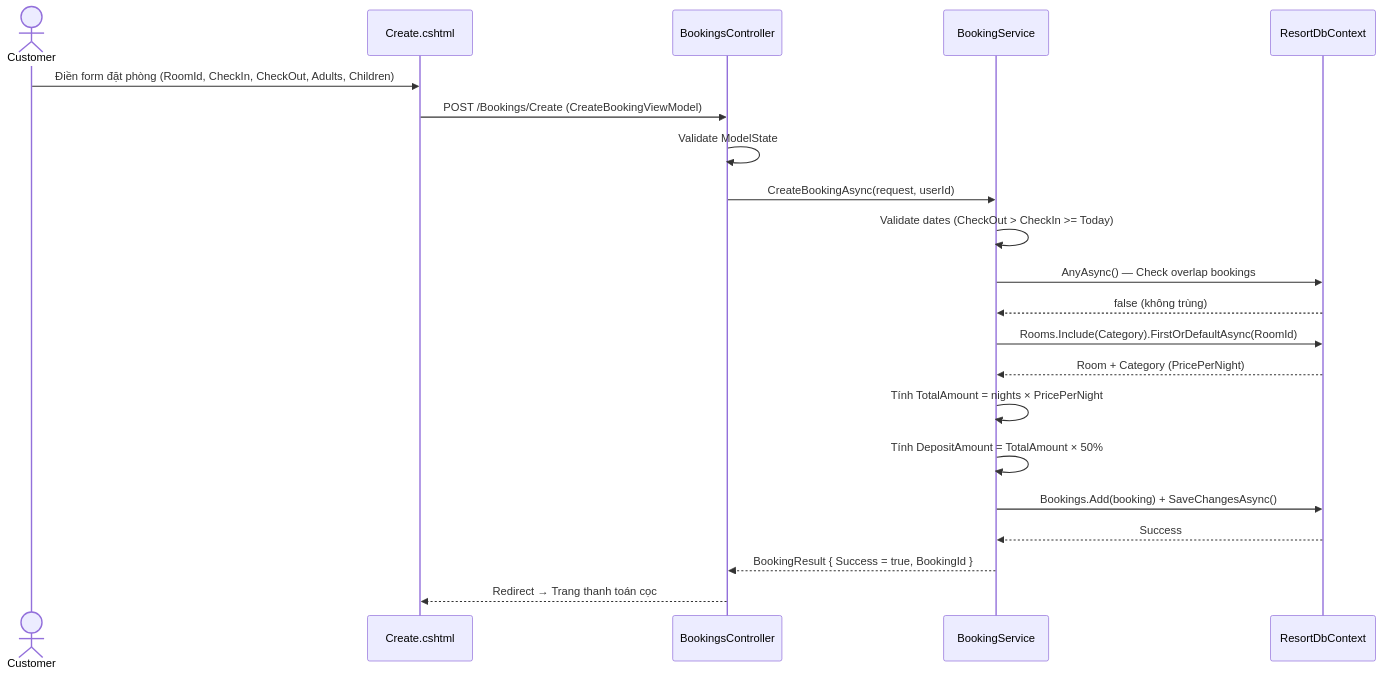
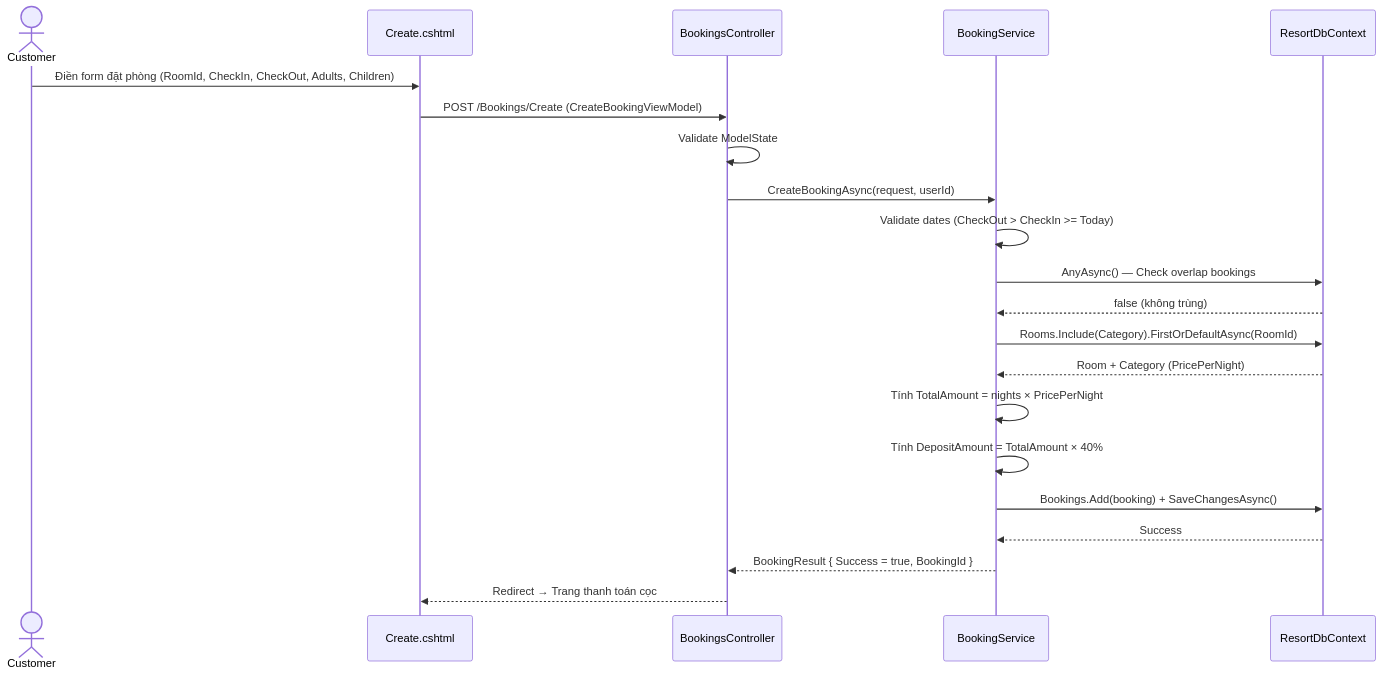
The second of 4 diagrams in 03_implement/EDS_RoomBooking.md (mkhanhs204/resort-management-system), drawn with Mermaid before and after one commit. The commit also changed other lines of this file and 41 other files, not shown here.

````diff
--- a/03_implement/EDS_RoomBooking.md
+++ b/03_implement/EDS_RoomBooking.md
@@ -308,24 +310,24 @@
 ```mermaid
 sequenceDiagram
     actor Customer
     participant View as Create.cshtml
     participant Controller as BookingsController
     participant Service as BookingService
     participant DB as ResortDbContext
 
     Customer->>View: Điền form đặt phòng (RoomId, CheckIn, CheckOut, Adults, Children)
     View->>Controller: POST /Bookings/Create (CreateBookingViewModel)
     Controller->>Controller: Validate ModelState
     Controller->>Service: CreateBookingAsync(request, userId)
     Service->>Service: Validate dates (CheckOut > CheckIn >= Today)
     Service->>DB: AnyAsync() — Check overlap bookings
     DB-->>Service: false (không trùng)
     Service->>DB: Rooms.Include(Category).FirstOrDefaultAsync(RoomId)
     DB-->>Service: Room + Category (PricePerNight)
     Service->>Service: Tính TotalAmount = nights × PricePerNight
-    Service->>Service: Tính DepositAmount = TotalAmount × 50%
+    Service->>Service: Tính DepositAmount = TotalAmount × 40%
     Service->>DB: Bookings.Add(booking) + SaveChangesAsync()
     DB-->>Service: Success
     Service-->>Controller: BookingResult { Success = true, BookingId }
     Controller-->>View: Redirect → Trang thanh toán cọc
 ```
````
